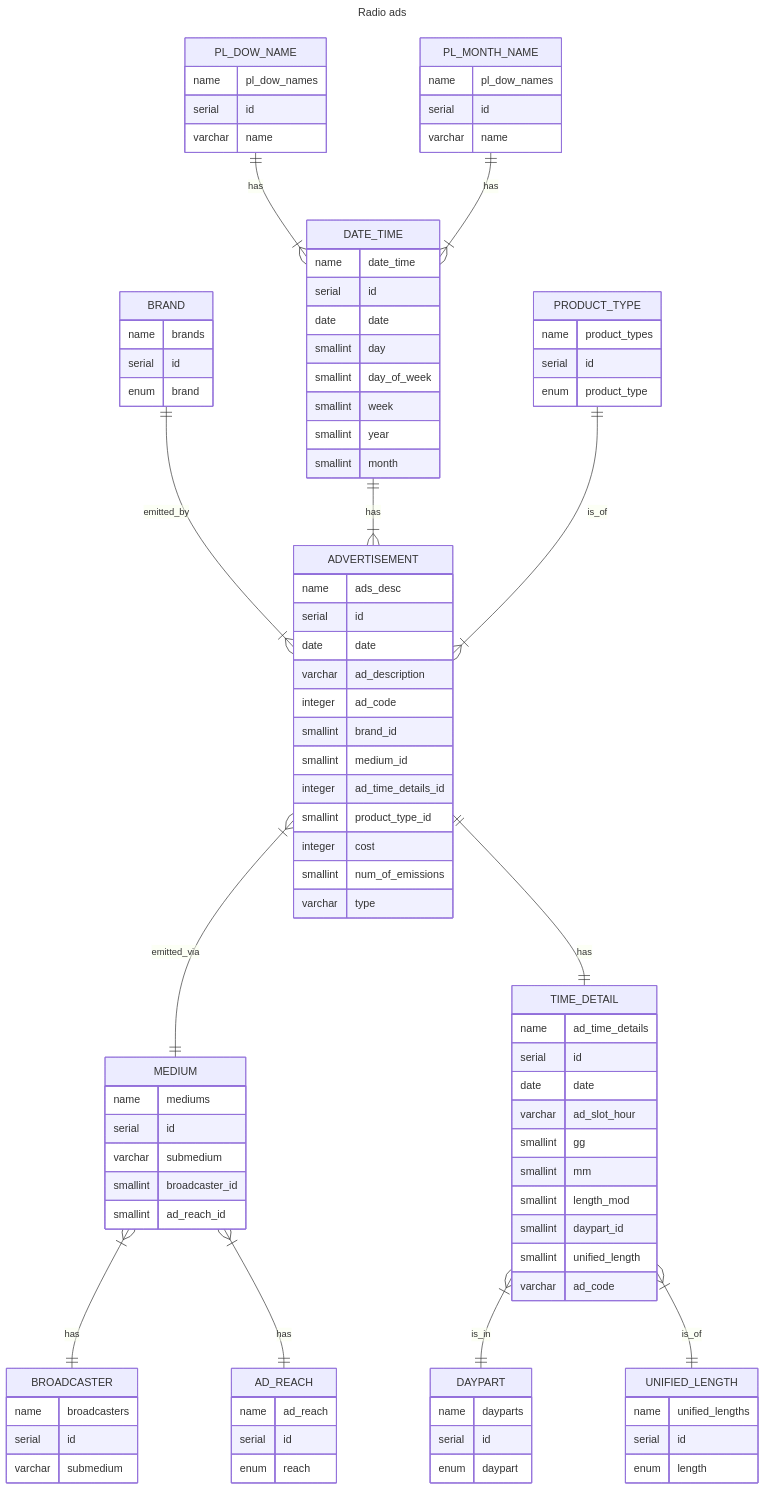
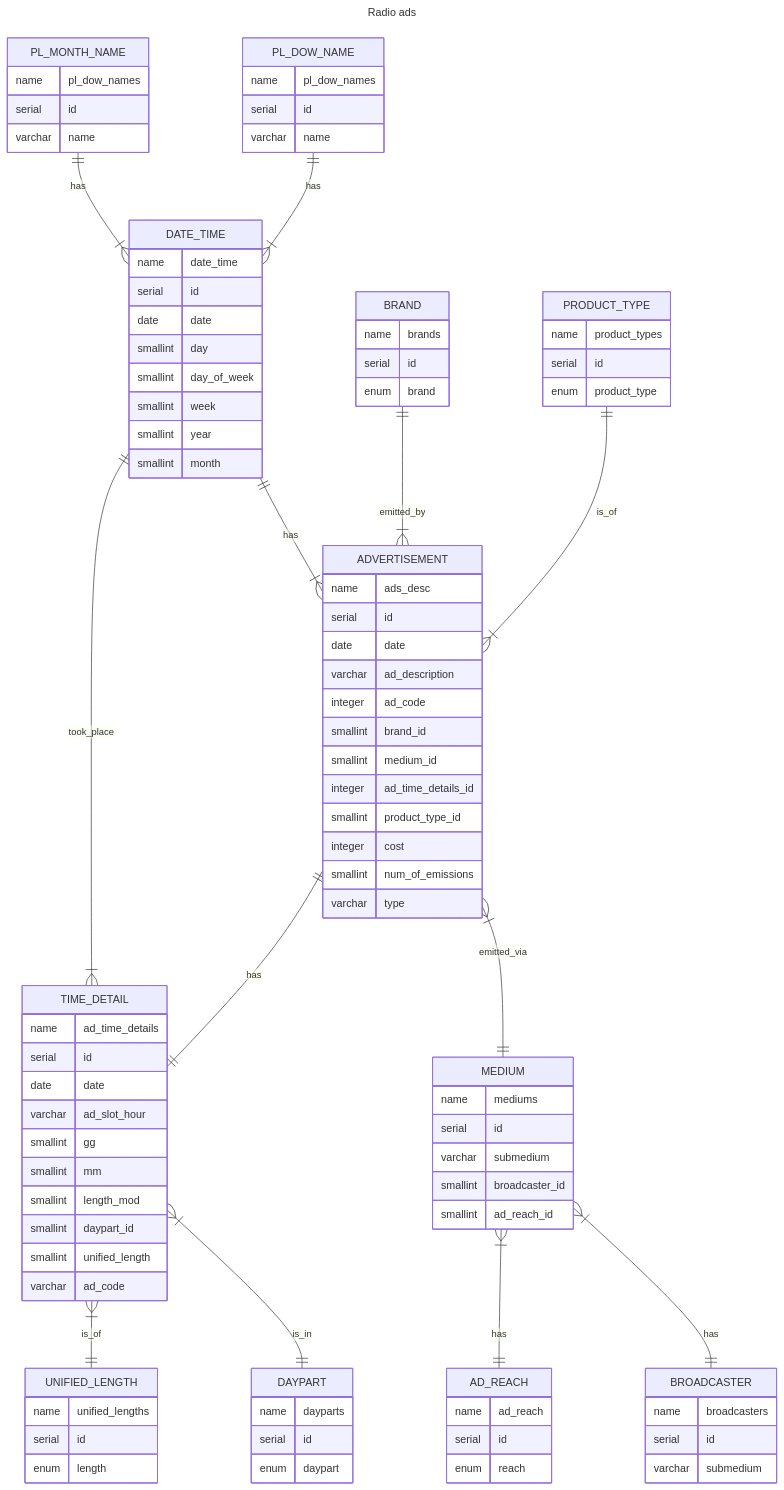
One commit to MrSz-84/cs50sql_fin changed the diagram in DESIGN.md. Above: the diagram before and after it, drawn with Mermaid. The commit also changed other lines of this file and 1 other file, not shown here.

```diff
--- a/DESIGN.md
+++ b/DESIGN.md
@@ -112,6 +205,7 @@
     ADVERTISEMENT ||--|| TIME_DETAIL  : has
     DATE_TIME     ||--|{ ADVERTISEMENT : has
     PRODUCT_TYPE  ||--|{ ADVERTISEMENT : is_of
+    DATE_TIME     ||--|{ TIME_DETAIL : took_place
 
     PRODUCT_TYPE {
     name     product_types
```
